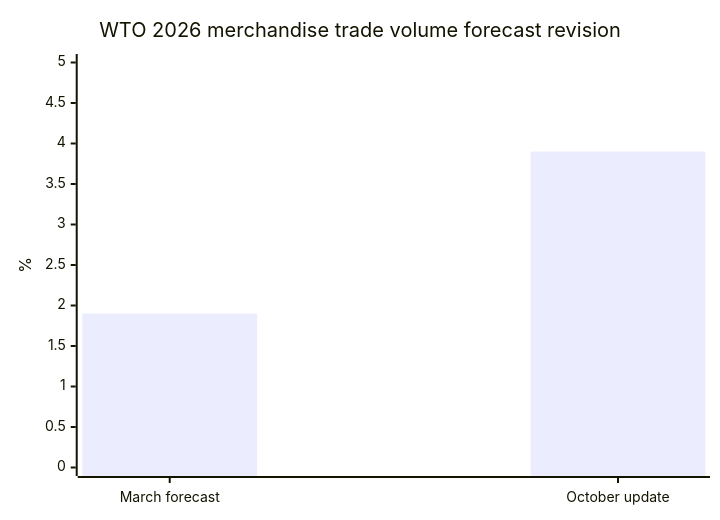
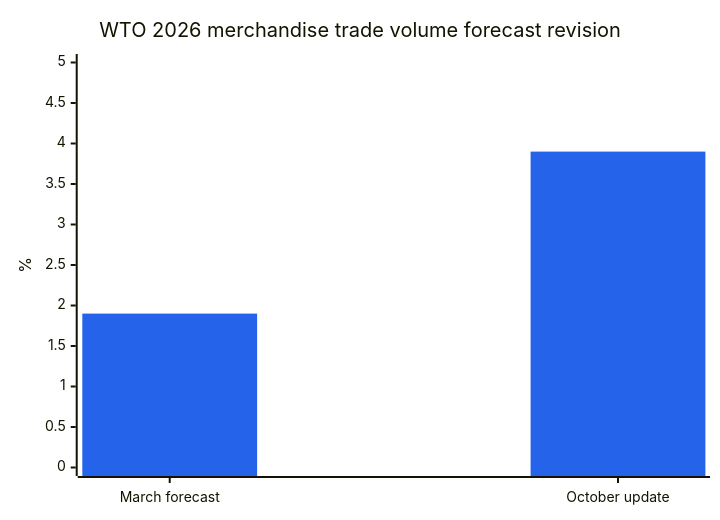
Before and after one commit to dureach/research: the first of 8 diagrams in Global-Trade-Intelligence-weekly-2026-10-12/index.en.md, drawn with Mermaid. The commit also changed other lines of this file and 13 other files, not shown here.

First line of the commit message:
Colorful mermaid charts: brand-color bars via init directive (all 7 langs, both editions)

````diff
--- a/Global-Trade-Intelligence-weekly-2026-10-12/index.en.md
+++ b/Global-Trade-Intelligence-weekly-2026-10-12/index.en.md
@@ -126,7 +126,8 @@
 ```mermaid
+%%{init: {'theme': 'base', 'themeVariables': {'xyChart': {'plotColorPalette': '#2563eb'}}}}%%
 xychart-beta
     title "WTO 2026 merchandise trade volume forecast revision"
     x-axis ["March forecast", "October update"]
     y-axis "%" 0 --> 5
     bar [1.9, 3.9]
 ```
````
